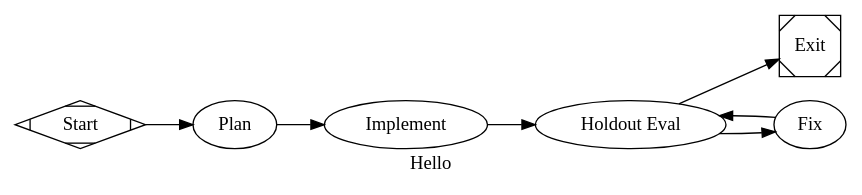
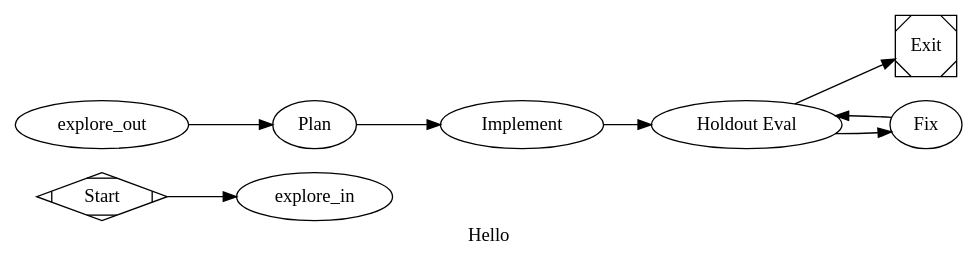
Before and after one commit to jleechanorg/dark-factory: the diagram in pipelines/factory/hello.dot, drawn with Graphviz. The commit also changed 26 other files, not shown here.

```diff
--- a/pipelines/factory/hello.dot
+++ b/pipelines/factory/hello.dot
@@ -1,20 +1,26 @@
 digraph hello {
     graph [
-        goal="Minimal smoke pipeline — plan, implement, holdout-eval, exit."
+        include="@pipelines/_base.dot",
+        goal="Minimal smoke pipeline — explore, plan, implement, holdout-eval, exit."
         label="Hello"
     ]
     rankdir=LR
 
     start [shape=Mdiamond, label="Start"]
     exit  [shape=Msquare,  label="Exit"]
 
+    // _base.dot provides: explore_in, explore_fanout, explore_{concept,auth,
+    // reuse,risks}, explore_join, explore_out.
+
     plan      [type="codergen", label="Plan",      prompt="@prompts/hello/plan.md"]
     implement [type="codergen", label="Implement", prompt="@prompts/hello/implement.md"]
     holdout   [type="holdout_eval", label="Holdout Eval", feature="hello"]
     fix       [type="codergen", label="Fix",       prompt="@prompts/hello/fix.md", max_visits="3"]
 
-    start -> plan -> implement -> holdout
-    holdout -> exit [condition="outcome=success"]
-    holdout -> fix  [condition="outcome!=success"]
-    fix     -> holdout
+    start       -> explore_in
+    explore_out -> plan
+    plan        -> implement -> holdout
+    holdout     -> exit [condition="outcome=success"]
+    holdout     -> fix  [condition="outcome!=success"]
+    fix         -> holdout
 }
```
